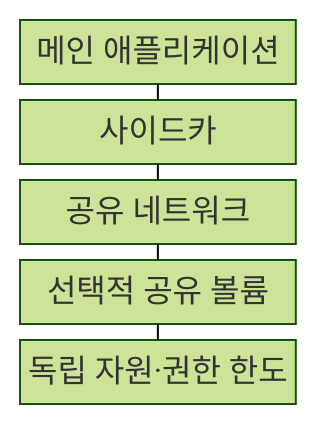
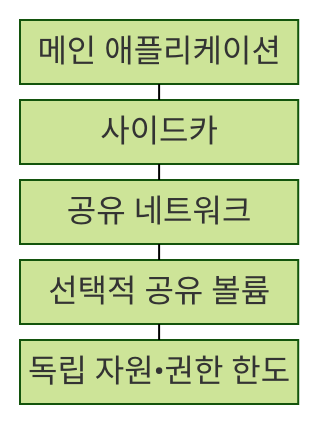
The first of 2 diagrams in src/content/docs/notes/03-software/218_sidecar_pattern.md (agnusdei1207/knowledge-base), drawn with Mermaid (forest theme) before and after one commit. The commit also changed other lines of this file and 953 other files, not shown here.

````diff
--- a/src/content/docs/notes/03-software/218_sidecar_pattern.md
+++ b/src/content/docs/notes/03-software/218_sidecar_pattern.md
@@ -66,13 +66,13 @@
 ```mermaid
 block-beta
     columns 1
     A["메인 애플리케이션"]
     B["사이드카"]
     C["공유 네트워크"]
     D["선택적 공유 볼륨"]
-    E["독립 자원·권한 한도"]
+    E["독립 자원•권한 한도"]
     A --- B
     B --- C
     C --- D
     D --- E
 ```
````
